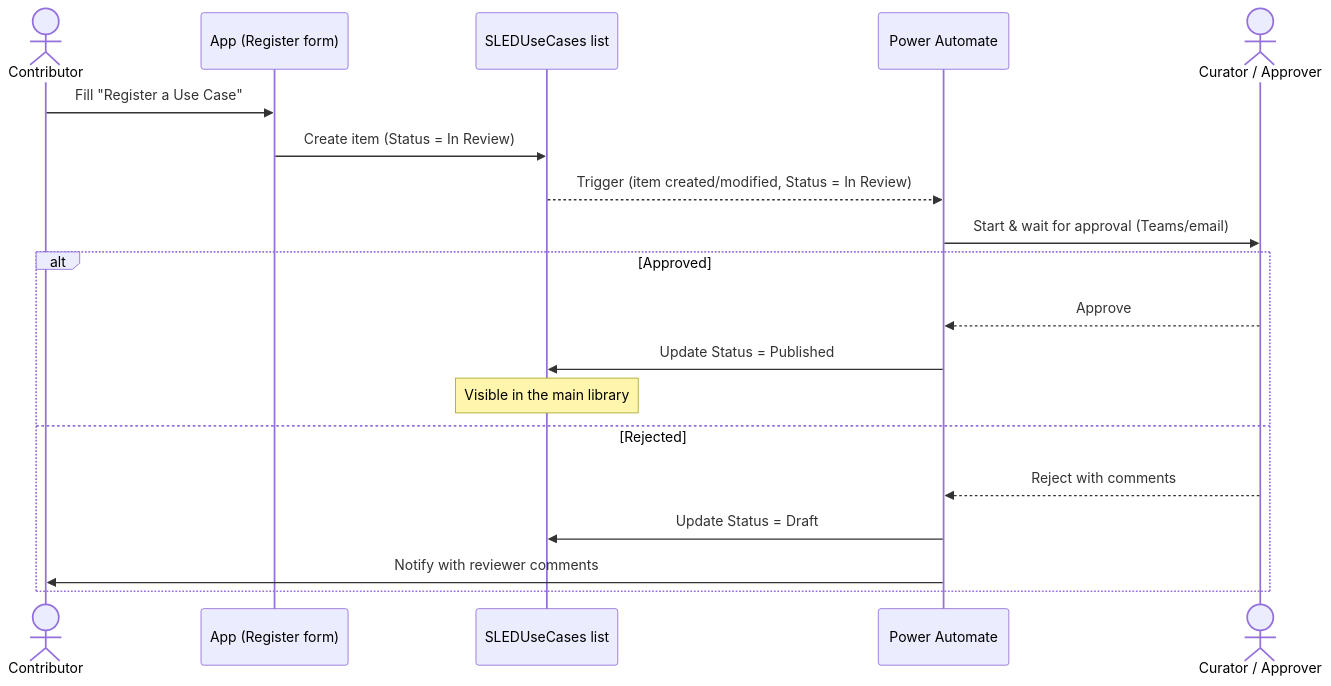
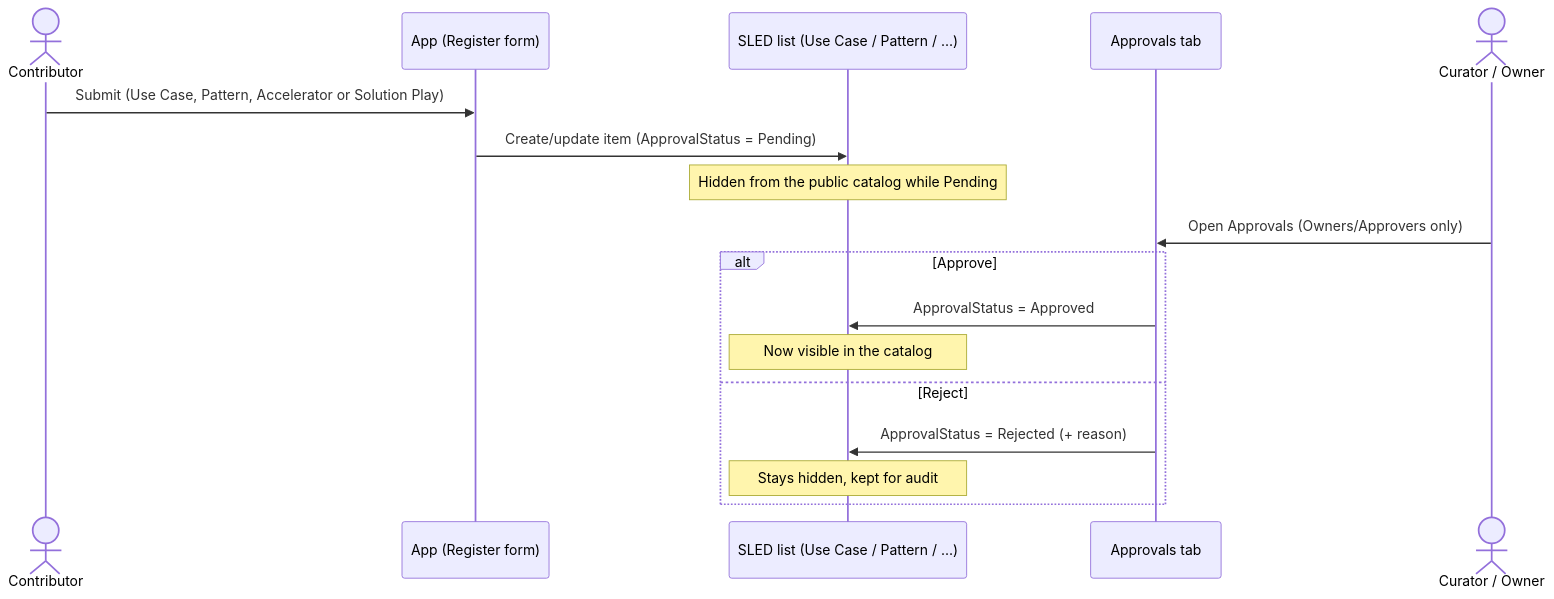
Before and after one commit to shaikhanwar/slededge: the third of 4 diagrams in docs/FLOW-DIAGRAM.md, drawn with Mermaid. The commit also changed other lines of this file and 1 other file, not shown here.

Commit message:
docs: fix Mermaid approval sequence diagram (semicolon broke rendering) and sync FLOW-DIAGRAM

````diff
--- a/docs/FLOW-DIAGRAM.md
+++ b/docs/FLOW-DIAGRAM.md
@@ -74,22 +74,20 @@
 ```mermaid
 sequenceDiagram
     actor C as Contributor
     participant App as App (Register form)
-    participant L as SLEDUseCases list
-    participant F as Power Automate
-    actor R as Curator / Approver
+    participant L as SLED list (Use Case / Pattern / …)
+    participant Ap as Approvals tab
+    actor R as Curator / Owner
 
-    C->>App: Fill "Register a Use Case"
-    App->>L: Create item (Status = In Review)
-    L-->>F: Trigger (item created/modified, Status = In Review)
-    F->>R: Start & wait for approval (Teams/email)
-    alt Approved
-        R-->>F: Approve
-        F->>L: Update Status = Published
-        Note over L: Visible in the main library
-    else Rejected
-        R-->>F: Reject with comments
-        F->>L: Update Status = Draft
-        F->>C: Notify with reviewer comments
+    C->>App: Submit (Use Case, Pattern, Accelerator or Solution Play)
+    App->>L: Create/update item (ApprovalStatus = Pending)
+    Note over L: Hidden from the public catalog while Pending
+    R->>Ap: Open Approvals (Owners/Approvers only)
+    alt Approve
+        Ap->>L: ApprovalStatus = Approved
+        Note over L: Now visible in the catalog
+    else Reject
+        Ap->>L: ApprovalStatus = Rejected (+ reason)
+        Note over L: Stays hidden, kept for audit
     end
 ```
````
